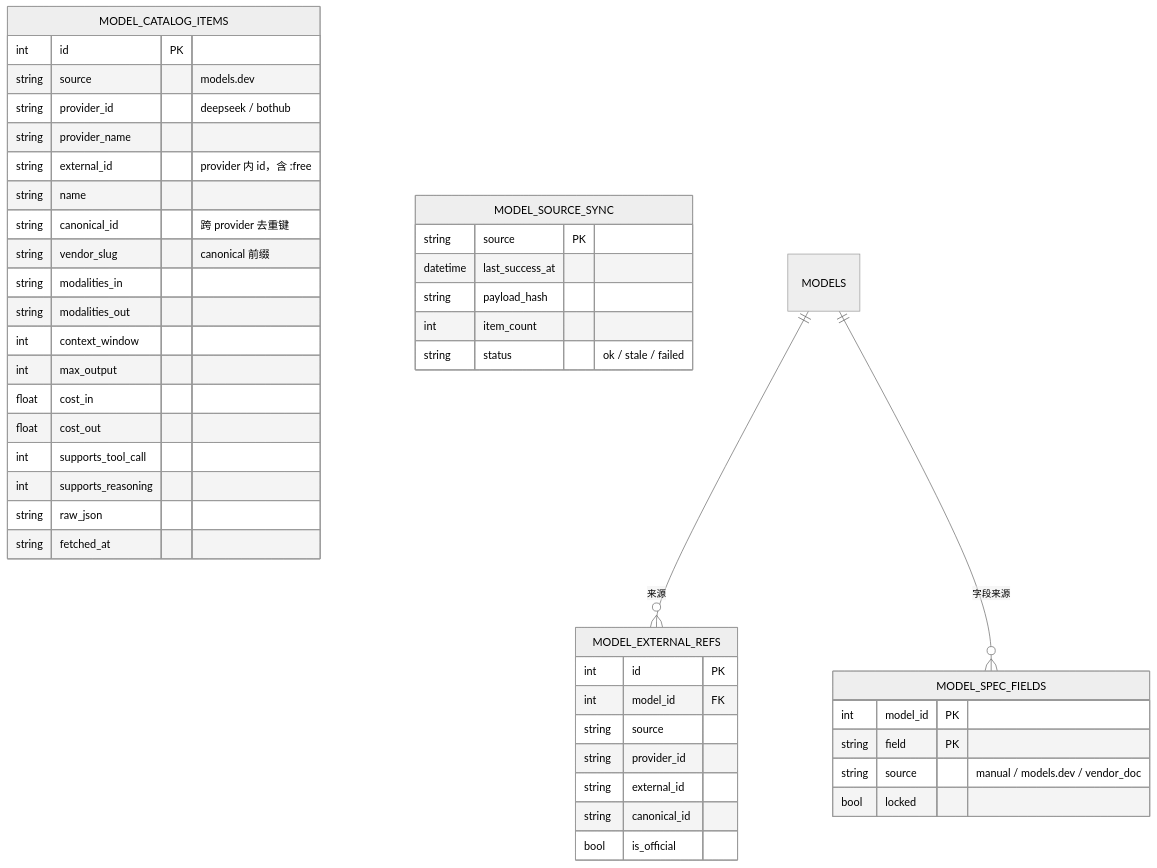
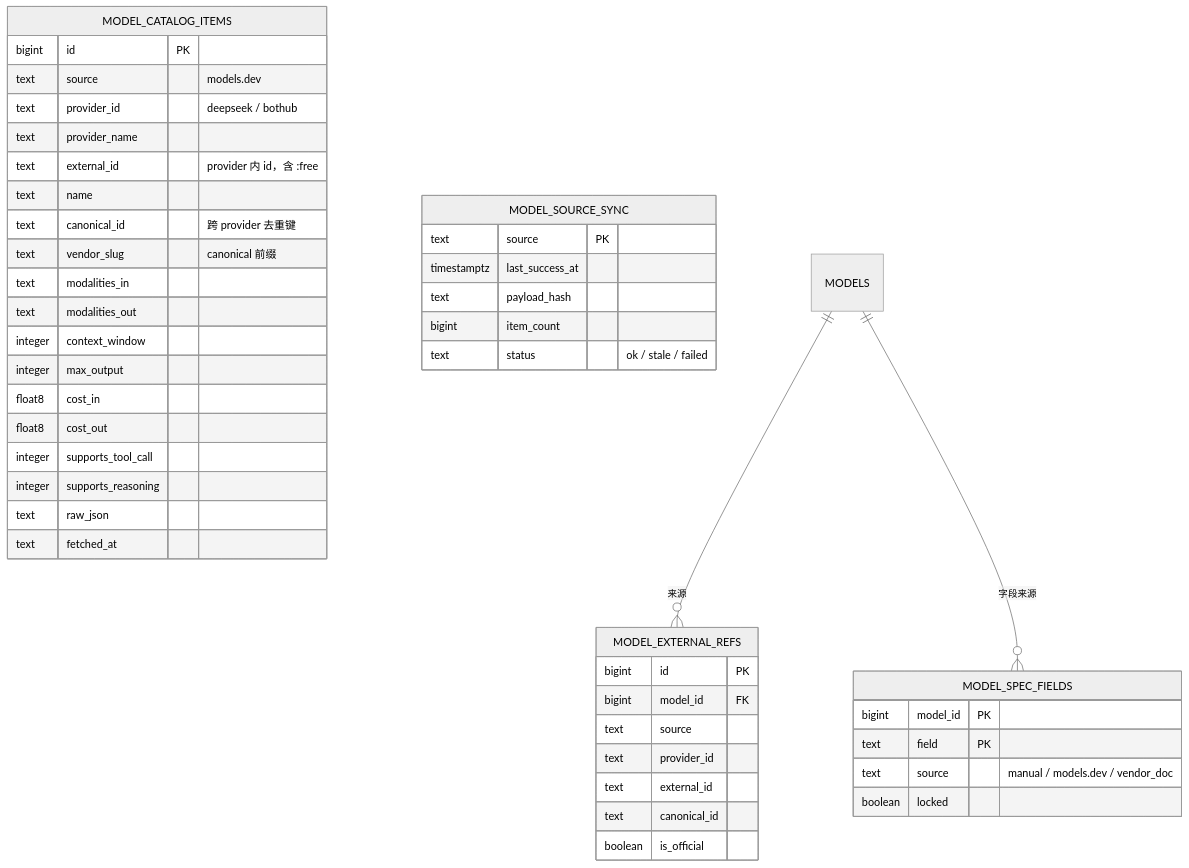
Before and after one commit to deepdemos/ds-demos-showcase: diagram 13 of 14 in docs/模型域设计.md, drawn with Mermaid (neutral theme). The commit also changed other lines of this file and 36 other files, not shown here.

````diff
--- a/docs/模型域设计.md
+++ b/docs/模型域设计.md
@@ -1427,47 +1588,47 @@
 ```mermaid
 erDiagram
     MODEL_CATALOG_ITEMS {
-        int id PK
-        string source "models.dev"
-        string provider_id "deepseek / bothub"
-        string provider_name
-        string external_id "provider 内 id，含 :free"
-        string name
-        string canonical_id "跨 provider 去重键"
-        string vendor_slug "canonical 前缀"
-        string modalities_in
-        string modalities_out
-        int context_window
-        int max_output
-        float cost_in
-        float cost_out
-        int supports_tool_call
-        int supports_reasoning
-        string raw_json
-        string fetched_at
+        bigint id PK
+        text source "models.dev"
+        text provider_id "deepseek / bothub"
+        text provider_name
+        text external_id "provider 内 id，含 :free"
+        text name
+        text canonical_id "跨 provider 去重键"
+        text vendor_slug "canonical 前缀"
+        text modalities_in
+        text modalities_out
+        integer context_window
+        integer max_output
+        float8 cost_in
+        float8 cost_out
+        integer supports_tool_call
+        integer supports_reasoning
+        text raw_json
+        text fetched_at
     }
     MODEL_EXTERNAL_REFS {
-        int id PK
-        int model_id FK
-        string source
-        string provider_id
-        string external_id
-        string canonical_id
-        bool is_official
+        bigint id PK
+        bigint model_id FK
+        text source
+        text provider_id
+        text external_id
+        text canonical_id
+        boolean is_official
     }
     MODEL_SPEC_FIELDS {
-        int model_id PK
-        string field PK
-        string source "manual / models.dev / vendor_doc"
-        bool locked
+        bigint model_id PK
+        text field PK
+        text source "manual / models.dev / vendor_doc"
+        boolean locked
     }
     MODEL_SOURCE_SYNC {
-        string source PK
-        datetime last_success_at
-        string payload_hash
-        int item_count
-        string status "ok / stale / failed"
+        text source PK
+        timestamptz last_success_at
+        text payload_hash
+        bigint item_count
+        text status "ok / stale / failed"
     }
     MODELS ||--o{ MODEL_EXTERNAL_REFS : 来源
     MODELS ||--o{ MODEL_SPEC_FIELDS : 字段来源
 ```
````
